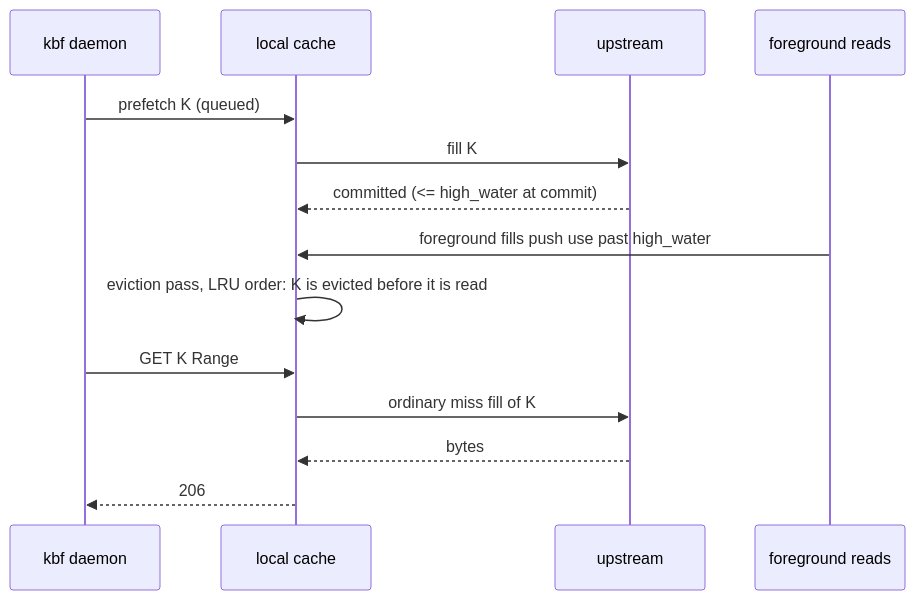
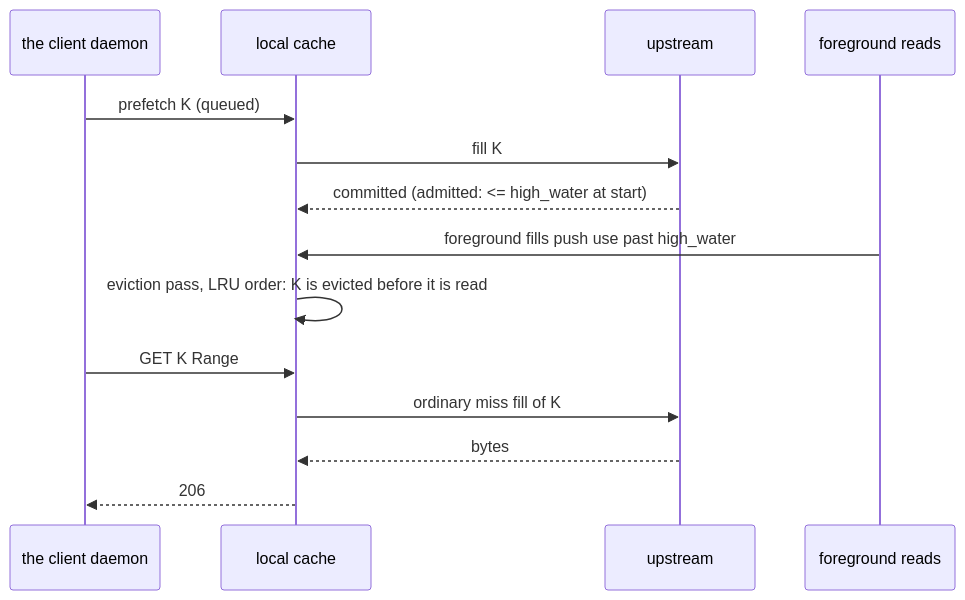
Before and after one commit to komira-ai/tierstore: the third of 3 diagrams in docs/design/prefetch-api.md, drawn with Mermaid. The commit also changed other lines of this file and 1 other file, not shown here.

First line of the commit message:
Correct the prefetch API design after review: admission instead of a commit-time drop, own permit seam, real request budget, build-client side

````diff
--- a/docs/design/prefetch-api.md
+++ b/docs/design/prefetch-api.md
@@ -136,16 +140,16 @@
 ```mermaid
 sequenceDiagram
-    participant D as kbf daemon
+    participant D as the client daemon
     participant C as local cache
     participant U as upstream
     participant R as foreground reads
     D->>C: prefetch K (queued)
     C->>U: fill K
-    U-->>C: committed (<= high_water at commit)
+    U-->>C: committed (admitted: <= high_water at start)
     R->>C: foreground fills push use past high_water
     C->>C: eviction pass, LRU order: K is evicted before it is read
     D->>C: GET K Range
     C->>U: ordinary miss fill of K
     U-->>C: bytes
     C-->>D: 206
 ```
````
